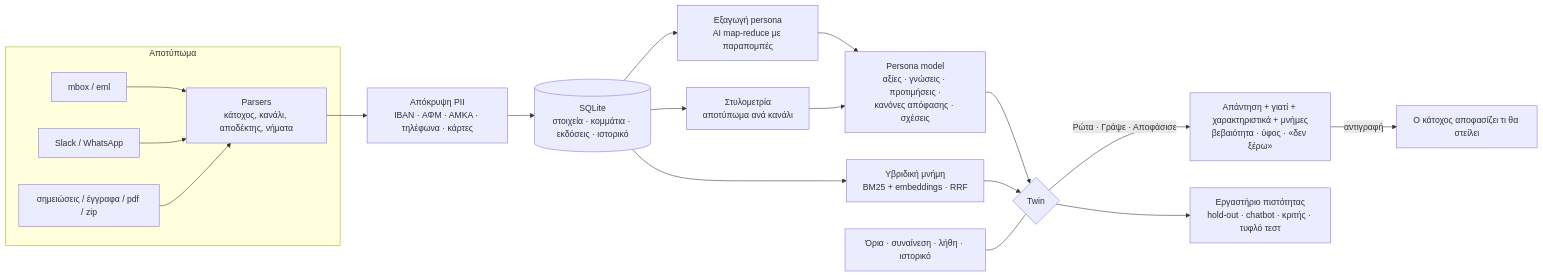
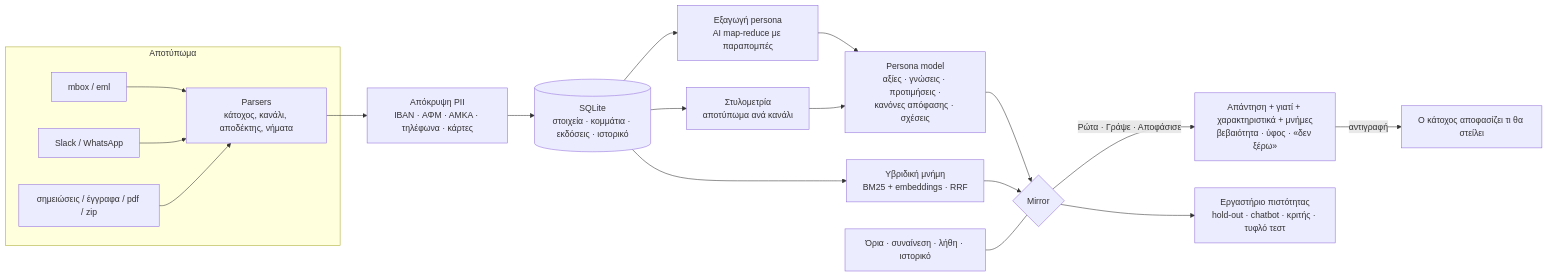
Before and after one commit to Agelosgalatas1/mirror-zv: the second of 2 diagrams in README.md, drawn with Mermaid. The commit also changed other lines of this file and 1 other file, not shown here.

Commit message:
docs: use Mirror terminology in README

````diff
--- a/README.md
+++ b/README.md
@@ -271,21 +271,21 @@
 ```mermaid
 flowchart LR
   subgraph Αποτύπωμα
     A[mbox / eml] --> P
     B[Slack / WhatsApp] --> P
     C[σημειώσεις / έγγραφα / pdf / zip] --> P
   end
   P[Parsers<br/>κάτοχος, κανάλι, αποδέκτης, νήματα] --> R[Απόκρυψη PII<br/>IBAN · ΑΦΜ · ΑΜΚΑ · τηλέφωνα · κάρτες]
   R --> DB[(SQLite<br/>στοιχεία · κομμάτια · εκδόσεις · ιστορικό)]
   DB --> M[Υβριδική μνήμη<br/>BM25 + embeddings · RRF]
   DB --> X[Εξαγωγή persona<br/>AI map-reduce με παραπομπές]
   DB --> S[Στυλομετρία<br/>αποτύπωμα ανά κανάλι]
   X --> PM[Persona model<br/>αξίες · γνώσεις · προτιμήσεις ·<br/>κανόνες απόφασης · σχέσεις]
   S --> PM
-  PM --> T{Twin}
+  PM --> T{Mirror}
   M --> T
   T -->|Ρώτα · Γράψε · Αποφάσισε| O[Απάντηση + γιατί + χαρακτηριστικά + μνήμες<br/>βεβαιότητα · ύφος · «δεν ξέρω»]
   O -->|αντιγραφή| Q[Ο κάτοχος αποφασίζει τι θα στείλει]
   T --> E[Εργαστήριο πιστότητας<br/>hold-out · chatbot · κριτής · τυφλό τεστ]
   G[Όρια · συναίνεση · λήθη · ιστορικό] --- T
 ```
````
